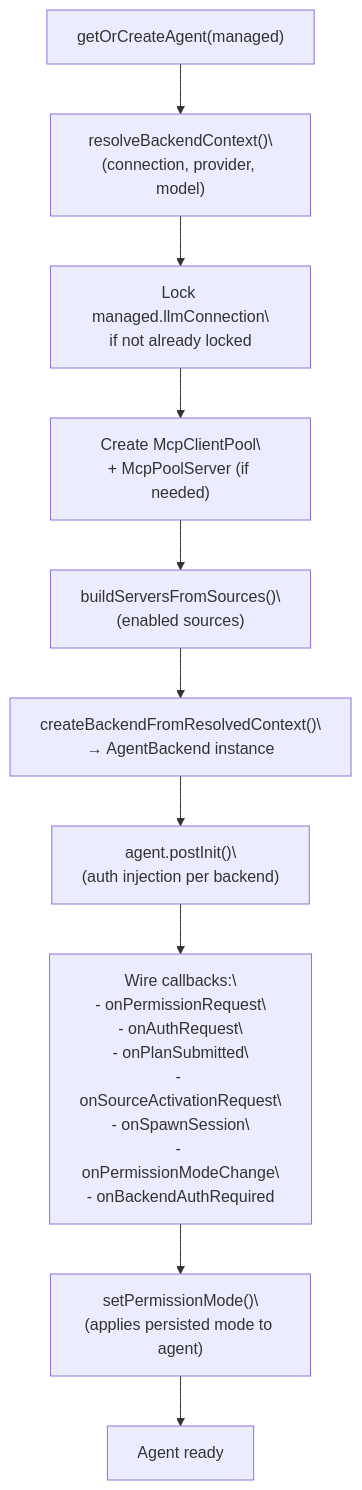
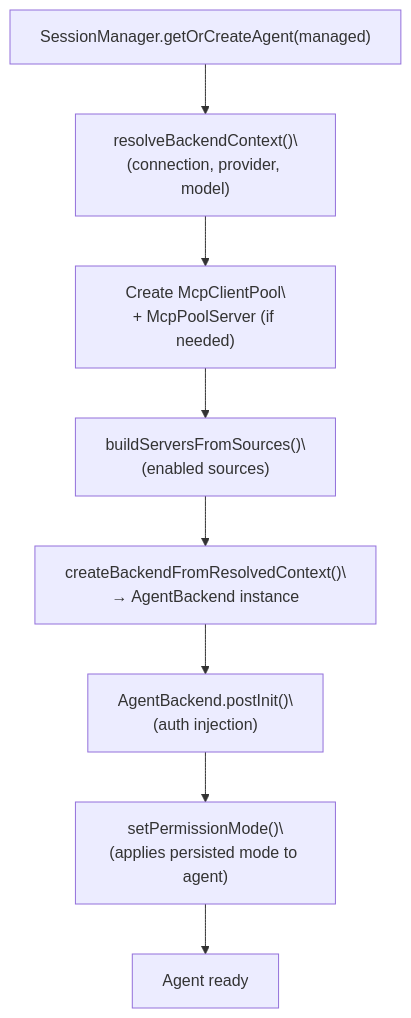
The sixth of 6 diagrams in docs/lukilabs_craft-agents-oss/api-reference/sessionmanager-api.md (blackcater/zentree), drawn with Mermaid before and after one commit. The commit also changed other lines of this file and 232 other files, not shown here.

````diff
--- a/docs/lukilabs_craft-agents-oss/api-reference/sessionmanager-api.md
+++ b/docs/lukilabs_craft-agents-oss/api-reference/sessionmanager-api.md
@@ -803,37 +405,25 @@
 ```mermaid
 graph TB
-    Entry["getOrCreateAgent(managed)"]
+    Entry["SessionManager.getOrCreateAgent(managed)"]
     Resolve["resolveBackendContext()\
 (connection, provider, model)"]
-    LockConn["Lock managed.llmConnection\
-if not already locked"]
     SetupPool["Create McpClientPool\
 + McpPoolServer (if needed)"]
     BuildSources["buildServersFromSources()\
 (enabled sources)"]
     Factory["createBackendFromResolvedContext()\
 → AgentBackend instance"]
-    PostInit["agent.postInit()\
-(auth injection per backend)"]
-    Callbacks["Wire callbacks:\
-- onPermissionRequest\
-- onAuthRequest\
-- onPlanSubmitted\
-- onSourceActivationRequest\
-- onSpawnSession\
-- onPermissionModeChange\
-- onBackendAuthRequired"]
+    PostInit["AgentBackend.postInit()\
+(auth injection)"]
     ApplyMode["setPermissionMode()\
 (applies persisted mode to agent)"]
     Ready["Agent ready"]
-
+    
     Entry --> Resolve
-    Resolve --> LockConn
-    LockConn --> SetupPool
+    Resolve --> SetupPool
     SetupPool --> BuildSources
     BuildSources --> Factory
     Factory --> PostInit
-    PostInit --> Callbacks
-    Callbacks --> ApplyMode
+    PostInit --> ApplyMode
     ApplyMode --> Ready
 ```
````
